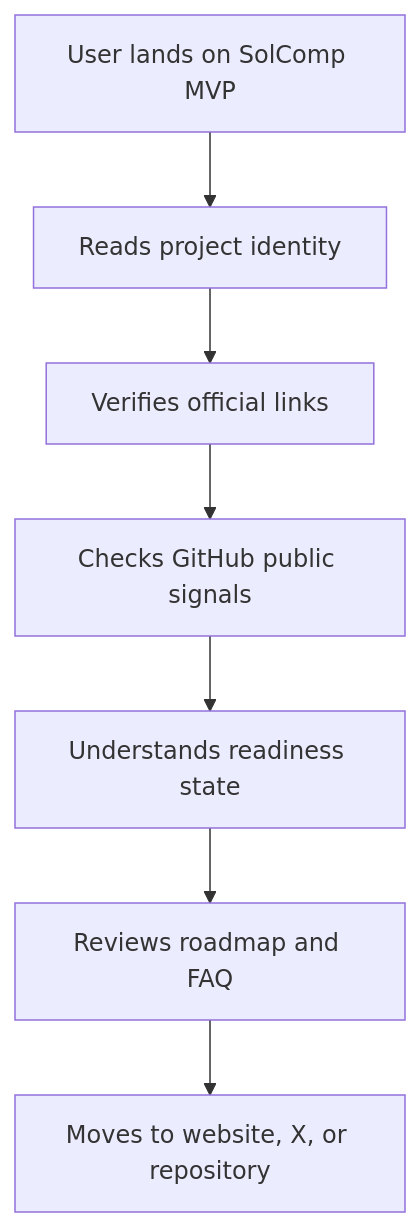
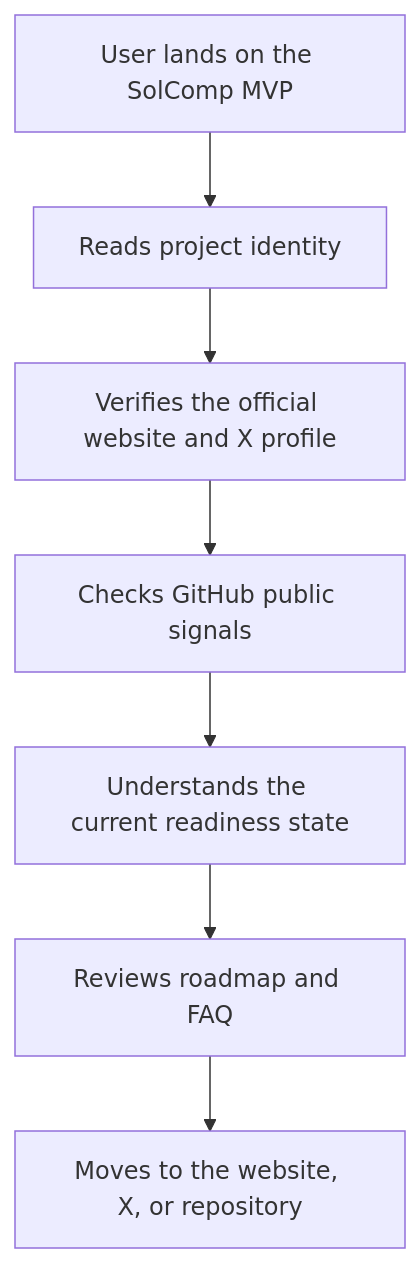
The first of 2 diagrams in README.md (viet20016602/GitTh4Gmail), drawn with Mermaid before and after one commit. The commit also changed other lines of this file and 1 other file, not shown here.

Commit message:
Refine README flow and support links

````diff
--- a/README.md
+++ b/README.md
@@ -158,9 +158,9 @@
 ```mermaid
 flowchart TD
-    A[User lands on SolComp MVP] --> B[Reads project identity]
-    B --> C[Verifies official links]
-    C --> D[Checks GitHub public signals]
-    D --> E[Understands readiness state]
-    E --> F[Reviews roadmap and FAQ]
-    F --> G[Moves to website, X, or repository]
+    A["User lands on the SolComp MVP"] --> B["Reads project identity"]
+    B --> C["Verifies the official website and X profile"]
+    C --> D["Checks GitHub public signals"]
+    D --> E["Understands the current readiness state"]
+    E --> F["Reviews roadmap and FAQ"]
+    F --> G["Moves to the website, X, or repository"]
 ```
````
